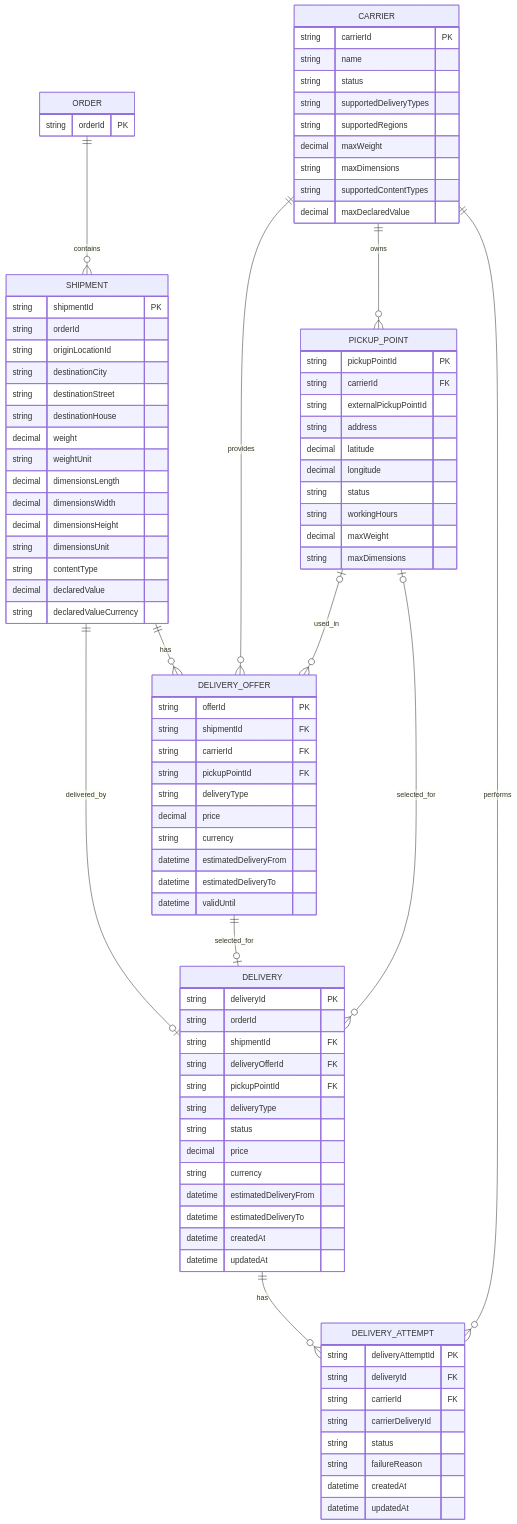
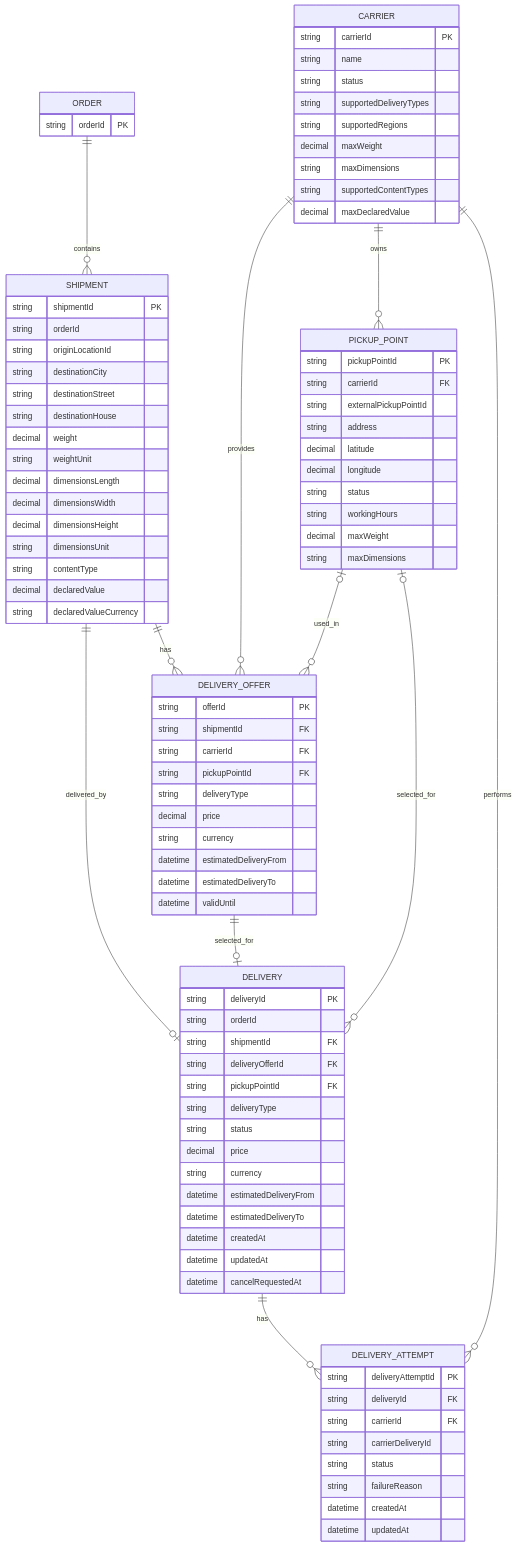
Before and after one commit to the-chill-ocean/delivery-orchestration-platform: the diagram in docs/04-data-model.md, drawn with Mermaid.

```diff
--- a/docs/04-data-model.md
+++ b/docs/04-data-model.md
@@ -72,6 +72,7 @@
         datetime estimatedDeliveryTo
         datetime createdAt
         datetime updatedAt
+        datetime cancelRequestedAt
     }
 
     DELIVERY_ATTEMPT {
```
